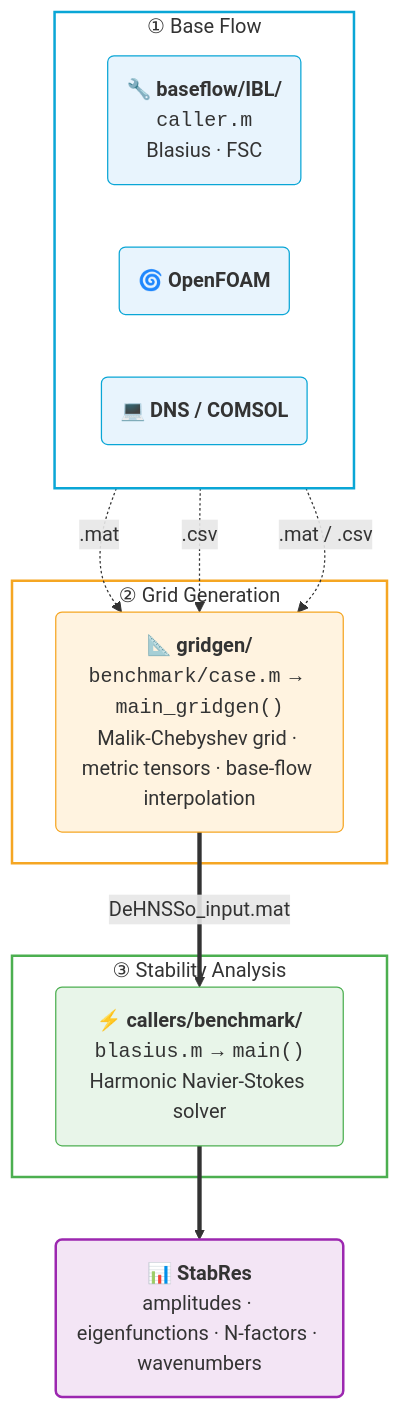
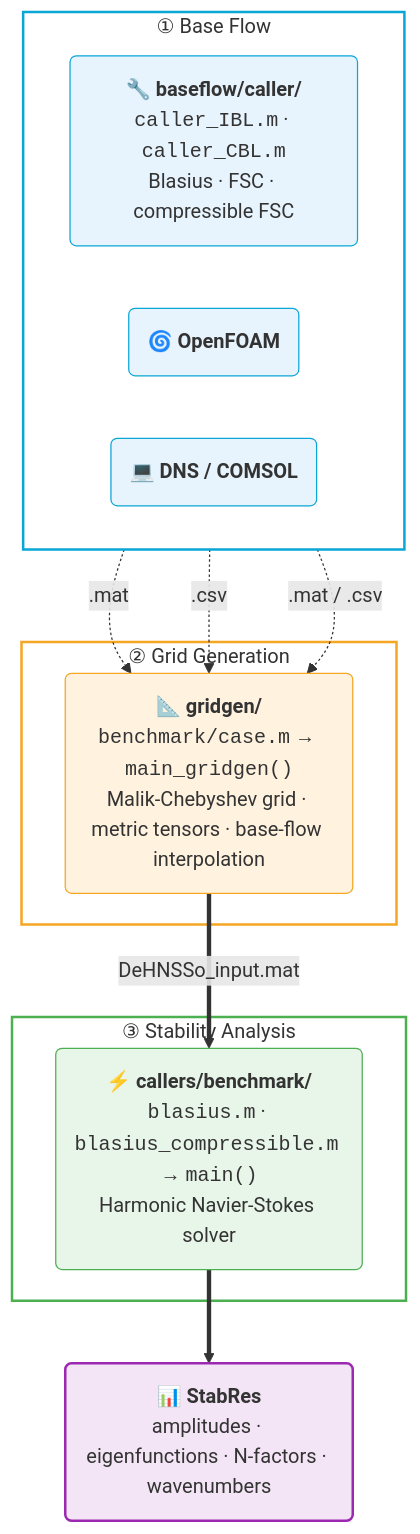
One commit to pcboldini/DeHNSSo changed the diagram in README.md. Above: the diagram before and after it, drawn with Mermaid. The commit also changed other lines of this file and 46 other files, not shown here.

````diff
--- a/README.md
+++ b/README.md
@@ -87,35 +110,35 @@
 ```mermaid
 flowchart TD
     subgraph INPUT ["① Base Flow"]
         direction LR
-        BL("🔧 <b>baseflow/IBL/</b><br/><code>caller.m</code><br/>Blasius · FSC")
+        IBL("🔧 <b>baseflow/caller/</b><br/><code>caller_IBL.m</code> · <code>caller_CBL.m</code><br/>Blasius · FSC · compressible FSC")
         OF("🌀 <b>OpenFOAM</b>")
         DNS("💻 <b>DNS / COMSOL</b>")
     end
 
     subgraph GRID ["② Grid Generation"]
         GG("📐 <b>gridgen/</b><br/><code>benchmark/case.m</code> → <code>main_gridgen()</code><br/>Malik-Chebyshev grid · metric tensors · base-flow interpolation")
     end
 
     subgraph SOLVE ["③ Stability Analysis"]
-        HNS("⚡ <b>callers/benchmark/</b><br/><code>blasius.m</code> → <code>main()</code><br/>Harmonic Navier-Stokes solver")
+        HNS("⚡ <b>callers/benchmark/</b><br/><code>blasius.m</code> · <code>blasius_compressible.m</code> → <code>main()</code><br/>Harmonic Navier-Stokes solver")
     end
 
-    BL -. ".mat" .-> GG
+    IBL -. ".mat" .-> GG
     OF -. ".csv" .-> GG
     DNS -. ".mat / .csv" .-> GG
     GG == "DeHNSSo_input.mat" ==> HNS
     HNS ==> RES
 
     RES("📊 <b>StabRes</b><br/>amplitudes · eigenfunctions · N-factors · wavenumbers")
 
     style INPUT fill:none,stroke:#0aa6d6,stroke-width:2px
     style GRID fill:none,stroke:#f5a623,stroke-width:2px
     style SOLVE fill:none,stroke:#4caf50,stroke-width:2px
-    style BL fill:#e8f4fd,stroke:#0aa6d6,color:#333
+    style IBL fill:#e8f4fd,stroke:#0aa6d6,color:#333
     style OF fill:#e8f4fd,stroke:#0aa6d6,color:#333
     style DNS fill:#e8f4fd,stroke:#0aa6d6,color:#333
     style GG fill:#fff3e0,stroke:#f5a623,color:#333
     style HNS fill:#e8f5e9,stroke:#4caf50,color:#333
     style RES fill:#f3e5f5,stroke:#9c27b0,color:#333,stroke-width:2px
 ```
````
